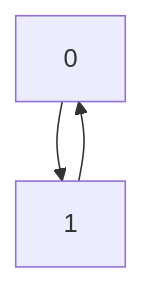
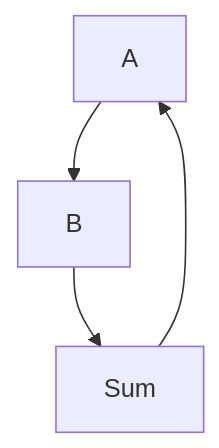
Before and after one commit to isimpforobama/Python-Assembly: the diagram in README.md, drawn with Mermaid.

Commit message:
readmefix

````diff
--- a/README.md
+++ b/README.md
@@ -208,5 +208,6 @@
 ```mermaid
 graph TD;
-        0-->1;
-        1-->0;
+        A-->B;
+        B-->Sum;
+        Sum-->A;
 ```
````
